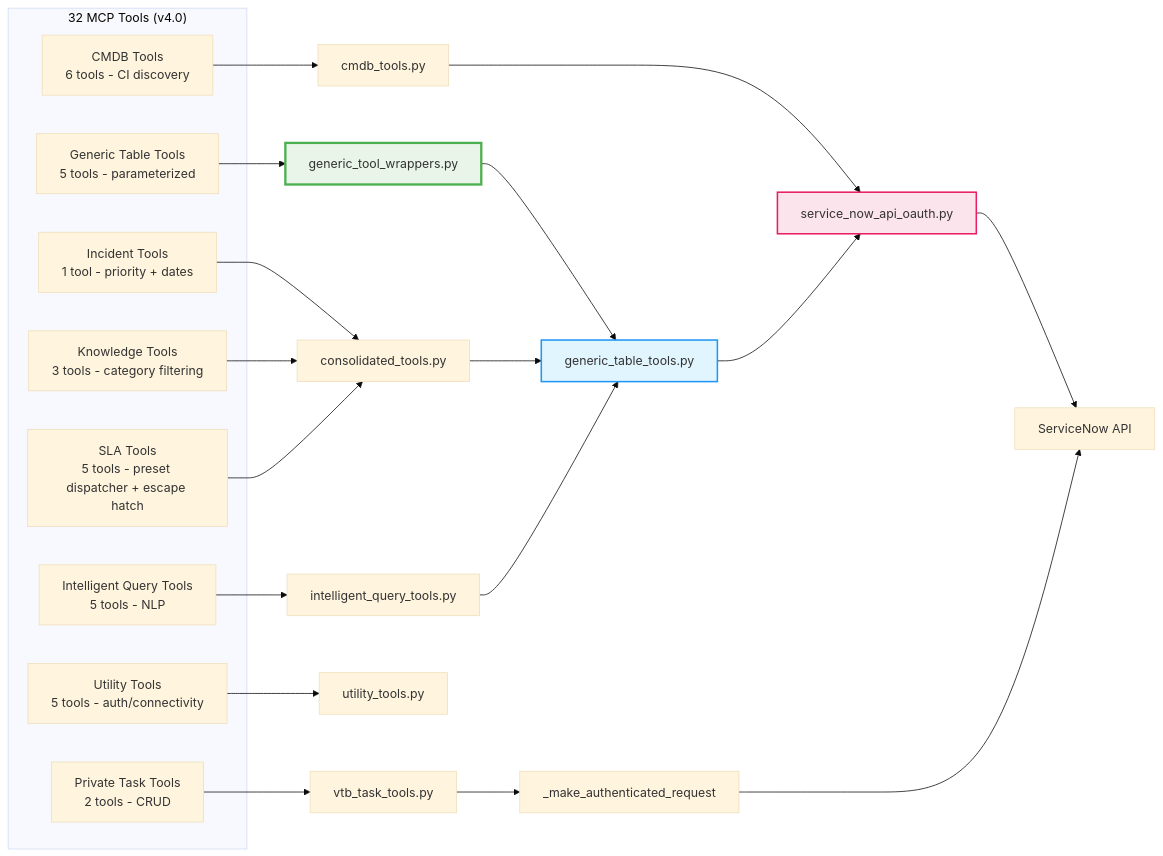
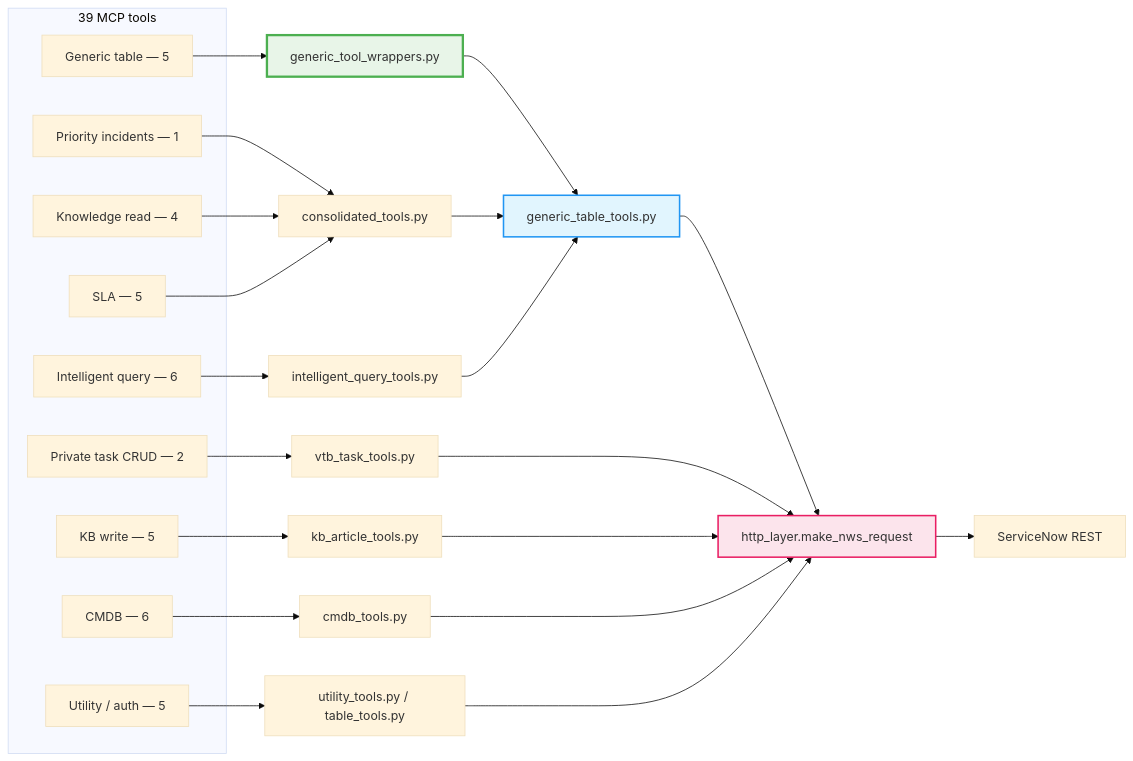
One commit to Papamzor/personal-mcp-servicenow changed the second of 3 diagrams in Diagrams & Documentation/03-tool-organization.md. Above: the diagram before and after it, drawn with Mermaid (base theme). The commit also changed other lines of this file and 31 other files, not shown here.

First line of the commit message:
chore: clean stale packaging/docs and refresh architecture diagrams

````diff
--- a/Diagrams & Documentation/03-tool-organization.md
+++ b/Diagrams & Documentation/03-tool-organization.md
@@ -49,35 +46,38 @@
 ```mermaid
 graph LR
-    subgraph "32 MCP Tools (v4.0)"
-        A[Generic Table Tools<br/>5 tools - parameterized]
-        B[Incident Tools<br/>1 tool - priority + dates]
-        C[Knowledge Tools<br/>3 tools - category filtering]
-        D[CMDB Tools<br/>6 tools - CI discovery]
-        E[Private Task Tools<br/>2 tools - CRUD]
-        F[SLA Tools<br/>5 tools - preset dispatcher + escape hatch]
-        G[Utility Tools<br/>5 tools - auth/connectivity]
-        H[Intelligent Query Tools<br/>5 tools - NLP]
+    subgraph "39 MCP tools"
+        A[Generic table — 5]
+        B[Priority incidents — 1]
+        C[Knowledge read — 4]
+        D[KB write — 5]
+        E[Private task CRUD — 2]
+        F[SLA — 5]
+        G[CMDB — 6]
+        H[Intelligent query — 6]
+        I[Utility / auth — 5]
     end
 
-    A --> I[generic_tool_wrappers.py]
-    B --> J[consolidated_tools.py]
-    C --> J
-    F --> J
-    D --> K[cmdb_tools.py]
-    E --> L[vtb_task_tools.py]
-    G --> M[utility_tools.py]
-    H --> N[intelligent_query_tools.py]
+    A --> W[generic_tool_wrappers.py]
+    B --> CNS[consolidated_tools.py]
+    C --> CNS
+    F --> CNS
+    D --> KB[kb_article_tools.py]
+    E --> VTB[vtb_task_tools.py]
+    G --> CMDB[cmdb_tools.py]
+    H --> IQ[intelligent_query_tools.py]
+    I --> U[utility_tools.py / table_tools.py]
 
-    I --> O[generic_table_tools.py]
-    J --> O
-    K --> P[service_now_api_oauth.py]
-    L --> Q[_make_authenticated_request]
-    N --> O
-    O --> P
-    P --> R[ServiceNow API]
-    Q --> R
+    W --> GTT[generic_table_tools.py]
+    CNS --> GTT
+    IQ --> GTT
+    GTT --> HTTP[http_layer.make_nws_request]
+    VTB --> HTTP
+    KB --> HTTP
+    CMDB --> HTTP
+    U --> HTTP
+    HTTP --> SN[ServiceNow REST]
 
-    style I fill:#e8f5e8,stroke:#4caf50,stroke-width:3px
-    style O fill:#e1f5fe,stroke:#2196f3,stroke-width:2px
-    style P fill:#fce4ec,stroke:#e91e63,stroke-width:2px
+    style W fill:#e8f5e8,stroke:#4caf50,stroke-width:3px
+    style GTT fill:#e1f5fe,stroke:#2196f3,stroke-width:2px
+    style HTTP fill:#fce4ec,stroke:#e91e63,stroke-width:2px
 ```
````
